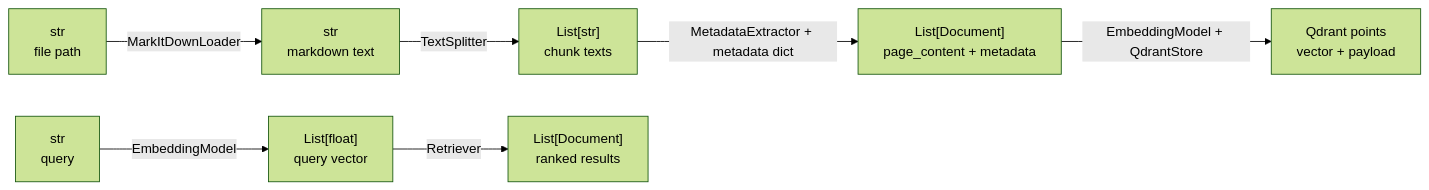
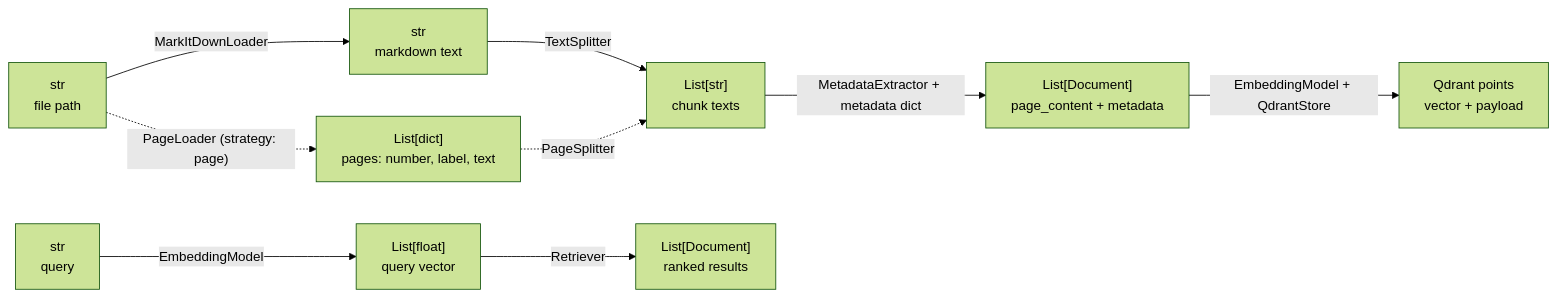
Before and after one commit to laxmimerit/RAGWire: the third of 3 diagrams in docs/architecture/component_map.md, drawn with Mermaid (forest theme). The commit also changed other lines of this file and 9 other files, not shown here.

First line of the commit message:
Document the page splitter strategy

````diff
--- a/docs/architecture/component_map.md
+++ b/docs/architecture/component_map.md
@@ -154,10 +157,12 @@
 ```mermaid
 flowchart LR
     F["str\nfile path"] -->|"MarkItDownLoader"| MD["str\nmarkdown text"]
+    F -.->|"PageLoader (strategy: page)"| PG["List[dict]\npages: number, label, text"]
     MD -->|"TextSplitter"| CL["List[str]\nchunk texts"]
+    PG -.->|"PageSplitter"| CL
     CL -->|"MetadataExtractor + metadata dict"| DL["List[Document]\npage_content + metadata"]
     DL -->|"EmbeddingModel + QdrantStore"| VEC["Qdrant points\nvector + payload"]
 
     Q["str\nquery"] -->|"EmbeddingModel"| QV["List[float]\nquery vector"]
     QV -->|"Retriever"| RES["List[Document]\nranked results"]
 ```
````
